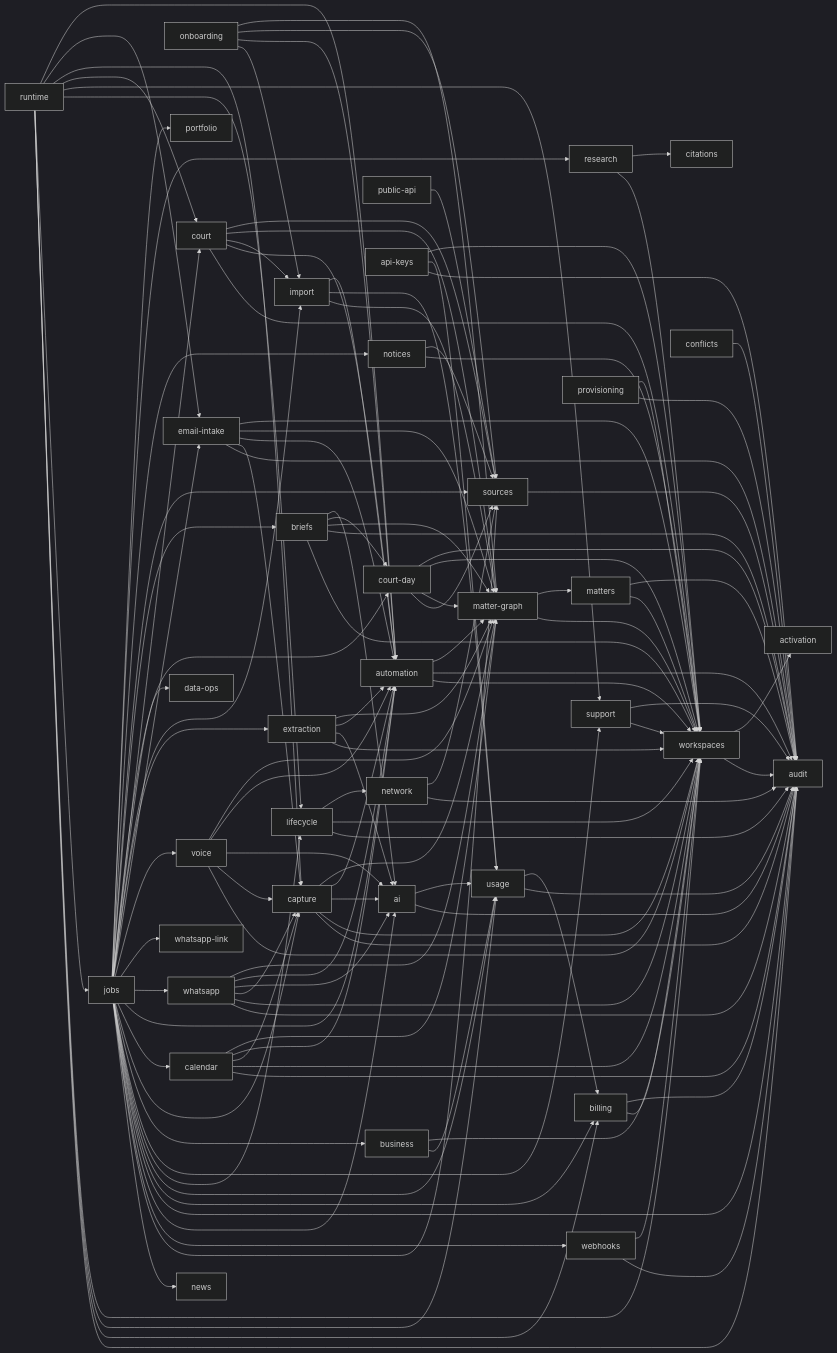
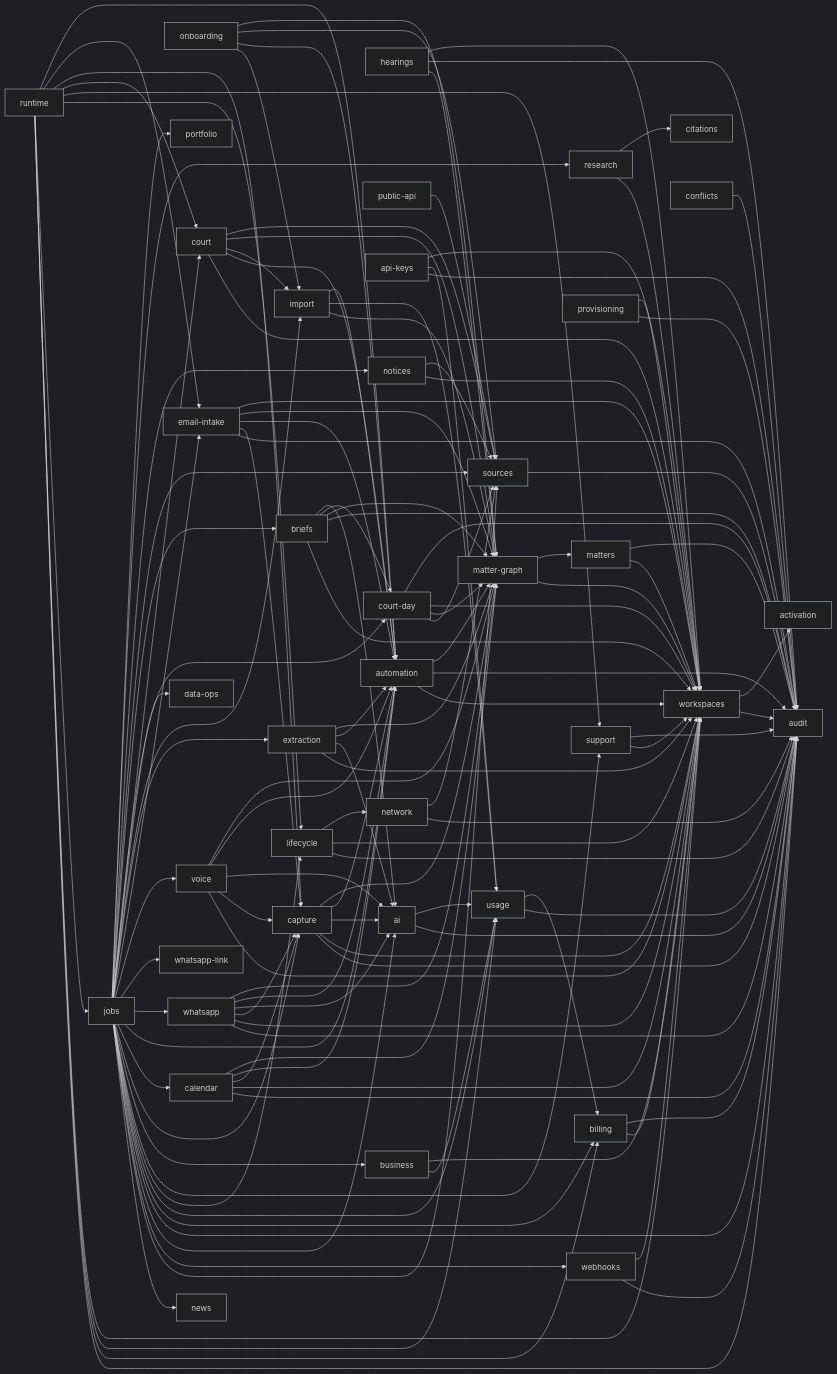
One commit to RapierCraftStudios/causedeck changed the diagram in docs/engineering/core-domains.md. Above: the diagram before and after it, drawn with Mermaid (dark theme). The commit also changed other lines of this file and 8 other files, not shown here.

```diff
--- a/docs/engineering/core-domains.md
+++ b/docs/engineering/core-domains.md
@@ -103,6 +104,9 @@
   court-day --> matter-graph
   court-day --> workspaces
   court-day --> audit
+  hearings --> matter-graph
+  hearings --> audit
+  hearings --> workspaces
   briefs --> workspaces
   briefs --> audit
   briefs --> matter-graph
```
